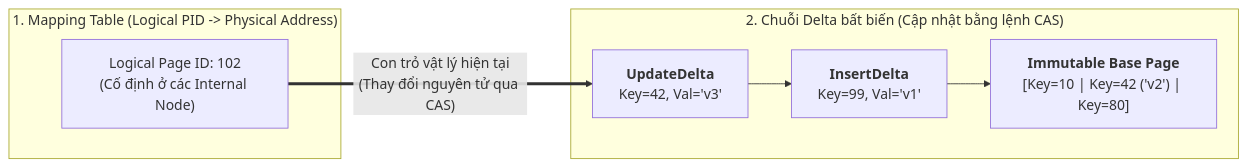
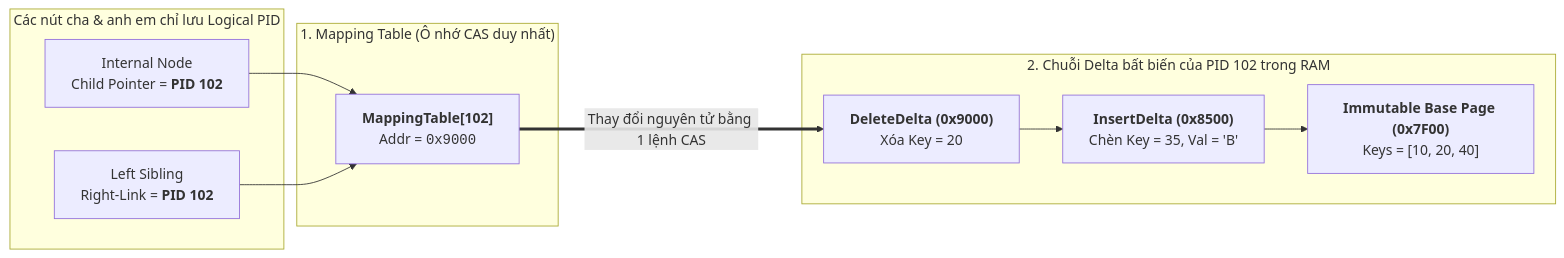
Before and after one commit to namaewanam/namaewanam.github.io: the fourth of 5 diagrams in docs/Database-Internals-Notes/database-internals-chapter6.vi.md, drawn with Mermaid. The commit also changed other lines of this file and 29 other files, not shown here.

````diff
--- a/docs/Database-Internals-Notes/database-internals-chapter6.vi.md
+++ b/docs/Database-Internals-Notes/database-internals-chapter6.vi.md
@@ -102,13 +278,20 @@
 ```mermaid
 flowchart LR
-    subgraph MappingTable["1. Mapping Table (Logical PID -> Physical Address)"]
-        PID102["Logical Page ID: 102<br/>(Cố định ở các Internal Node)"]
+    subgraph TreePointers["Các nút cha & anh em chỉ lưu Logical PID"]
+        Parent["Internal Node<br/>Child Pointer = <b>PID 102</b>"]
+        LeftSib["Left Sibling<br/>Right-Link = <b>PID 102</b>"]
     end
 
-    subgraph DeltaChain["2. Chuỗi Delta bất biến (Cập nhật bằng lệnh CAS)"]
-        Delta2["<b>UpdateDelta</b><br/>Key=42, Val='v3'"] --> Delta1["<b>InsertDelta</b><br/>Key=99, Val='v1'"]
-        Delta1 --> BasePage["<b>Immutable Base Page</b><br/>[Key=10 | Key=42 ('v2') | Key=80]"]
+    subgraph MapTable["1. Mapping Table (Ô nhớ CAS duy nhất)"]
+        Slot102["<b>MappingTable[102]</b><br/>Addr = <code>0x9000</code>"]
     end
 
-    PID102 ===>|"Con trỏ vật lý hiện tại<br/>(Thay đổi nguyên tử qua CAS)"| Delta2
+    subgraph DeltaChain["2. Chuỗi Delta bất biến của PID 102 trong RAM"]
+        D2["<b>DeleteDelta (0x9000)</b><br/>Xóa Key = 20"] --> D1["<b>InsertDelta (0x8500)</b><br/>Chèn Key = 35, Val = 'B'"]
+        D1 --> Base["<b>Immutable Base Page (0x7F00)</b><br/>Keys = [10, 20, 40]"]
+    end
+
+    Parent --> Slot102
+    LeftSib --> Slot102
+    Slot102 ===>|"Thay đổi nguyên tử bằng 1 lệnh CAS"| D2
 ```
````
